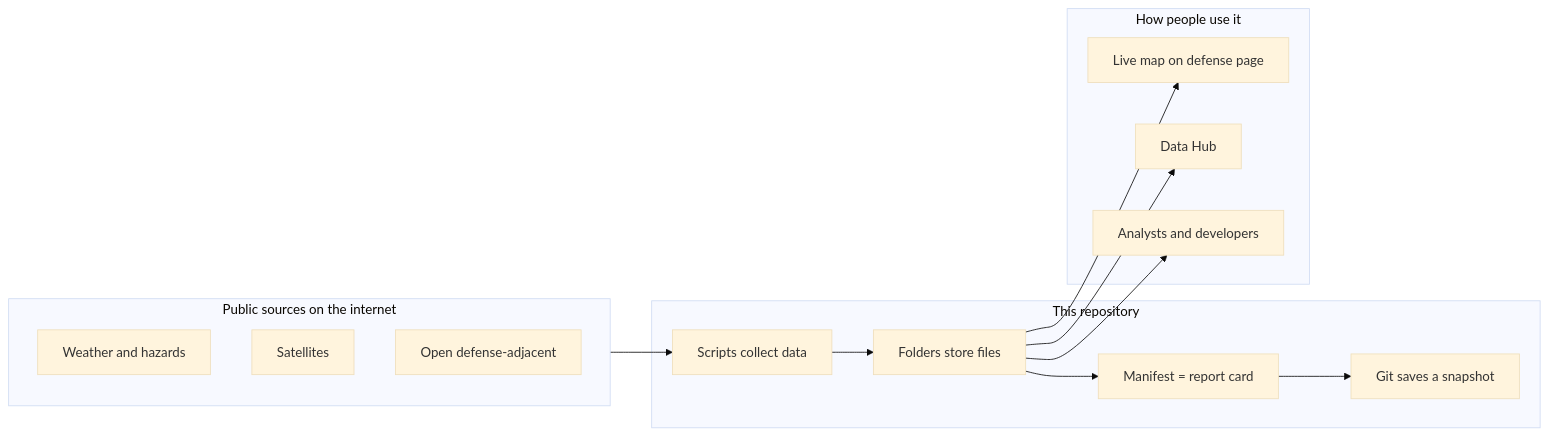
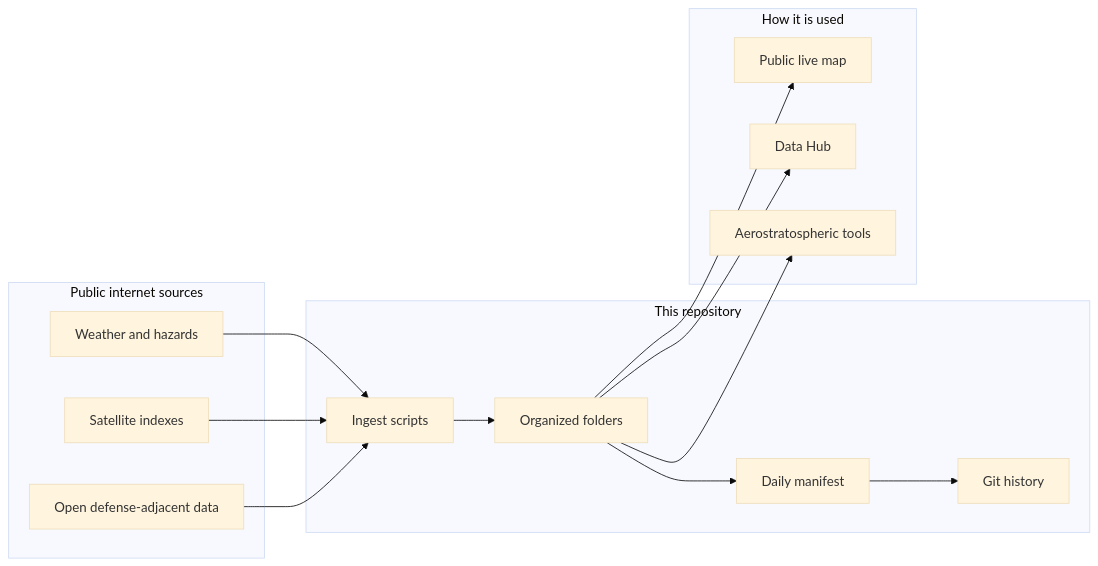
The diagram in README.md (Midwest-Stratospheric/aerostratospheric-defense-gir), drawn with Mermaid (base theme) before and after one commit. The commit also changed other lines of this file, not shown here.

````diff
--- a/README.md
+++ b/README.md
@@ -73,23 +73,26 @@
 ```mermaid
 flowchart LR
-  subgraph World["Public sources on the internet"]
+  subgraph Internet["Public internet sources"]
     A[Weather and hazards]
-    B[Satellites]
-    C[Open defense-adjacent]
+    B[Satellite indexes]
+    C[Open defense-adjacent data]
   end
   subgraph GIR["This repository"]
-    S[Scripts collect data]
-    D[Folders store files]
-    M[Manifest = report card]
-    G[Git saves a snapshot]
+    S[Ingest scripts]
+    D[Organized folders]
+    M[Daily manifest]
+    G[Git history]
   end
-  subgraph Use["How people use it"]
-    MAP[Live map on defense page]
+  subgraph Use["How it is used"]
+    MAP[Public live map]
     HUB[Data Hub]
-    DEV[Analysts and developers]
+    TEAM[Aerostratospheric tools]
   end
-  World --> S --> D --> M --> G
+  A --> S
+  B --> S
+  C --> S
+  S --> D --> M --> G
   D --> MAP
   D --> HUB
-  D --> DEV
+  D --> TEAM
 ```
````
